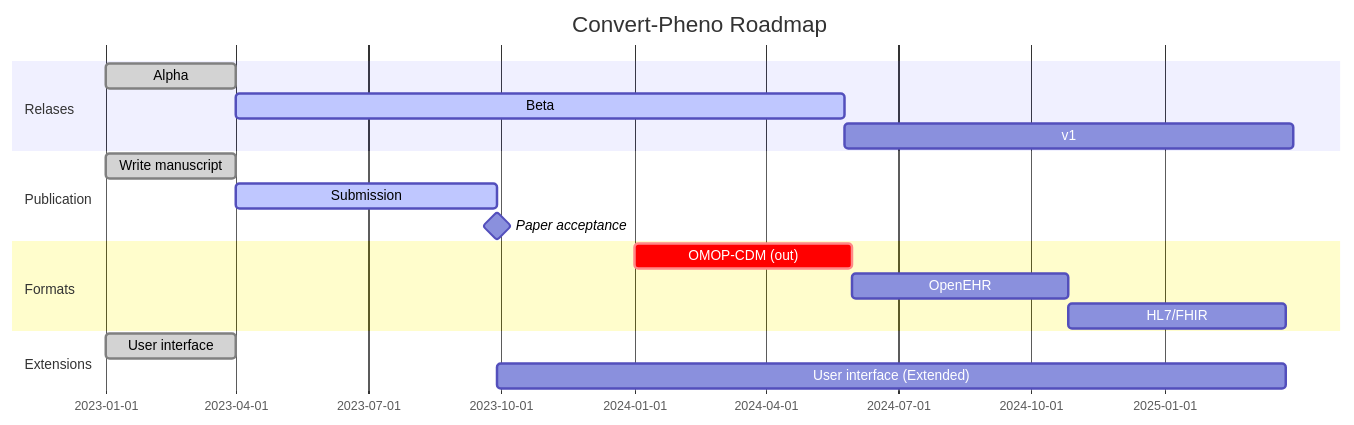
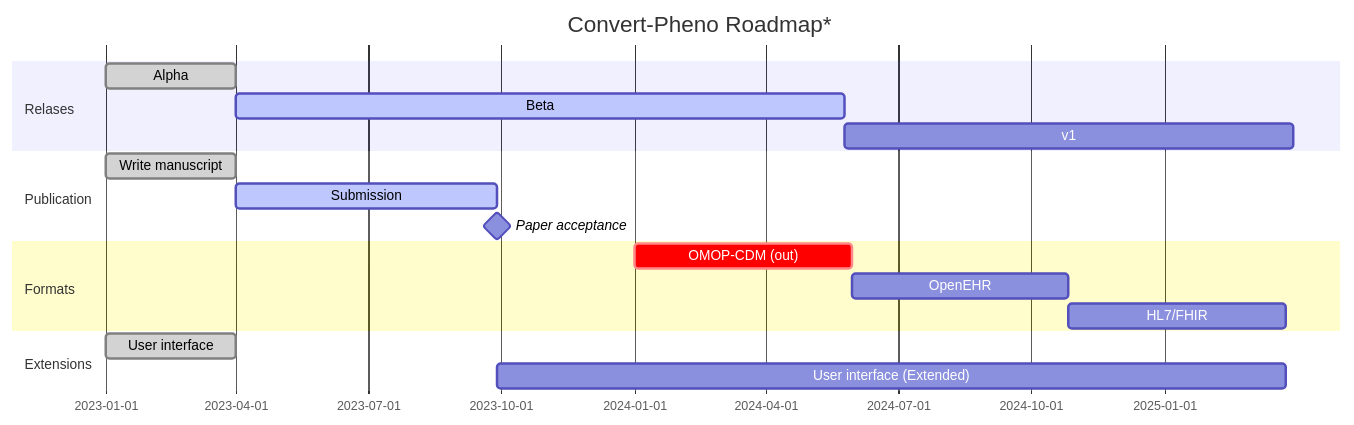
One commit to CNAG-Biomedical-Informatics/convert-pheno changed the diagram in docs/future-plans.md. Above: the diagram before and after it, drawn with Mermaid. The commit also changed other lines of this file and 10 other files, not shown here.

````diff
--- a/docs/future-plans.md
+++ b/docs/future-plans.md
@@ -1,24 +1,24 @@
 ```mermaid
   gantt
-    title Convert-Pheno Roadmap
+    title Convert-Pheno Roadmap*
     dateFormat  YYYY-MM-DD
 
     section Relases
     Alpha                     :done,      r1, 2023-01-01, 90d
     Beta                      :active,    r2, after m1, 420d
     v1                        :           r3, after r2, 310d
 
     section Publication
     Write manuscript          :done,      m1, 2023-01-01, 90d
     Submission                :active,    m2, after m1, 180d
     Paper acceptance          :milestone, after m2, 0d
 
     section Formats
     OMOP-CDM (out)  :crit, f1, 2024-01-01, 150d
     OpenEHR         :      f2, after f1, 150d
     HL7/FHIR        :      f3, after f2, 150d
 
     section Extensions
     User interface            :done,   e1, 2023-01-01, 90d
     User interface (Extended) :        after m2, 545d
 ```
````
